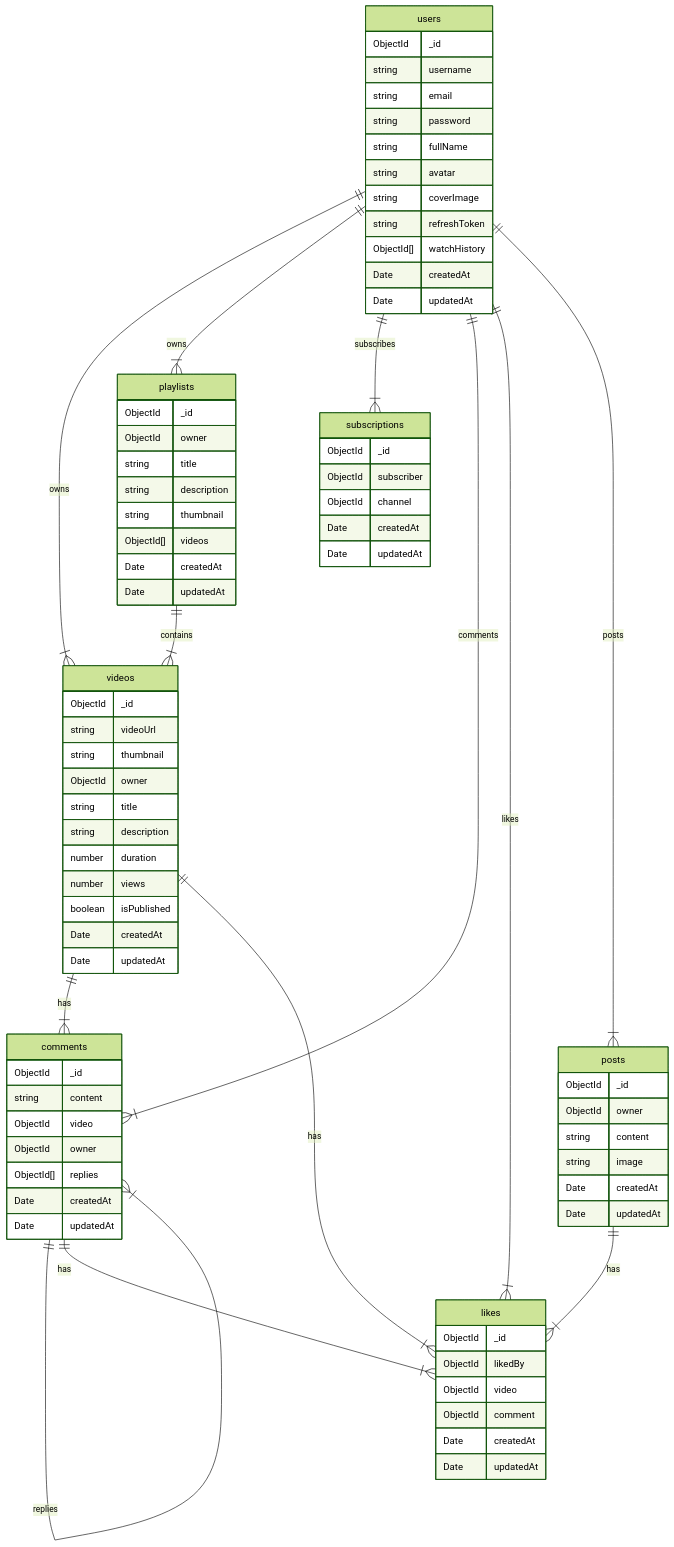
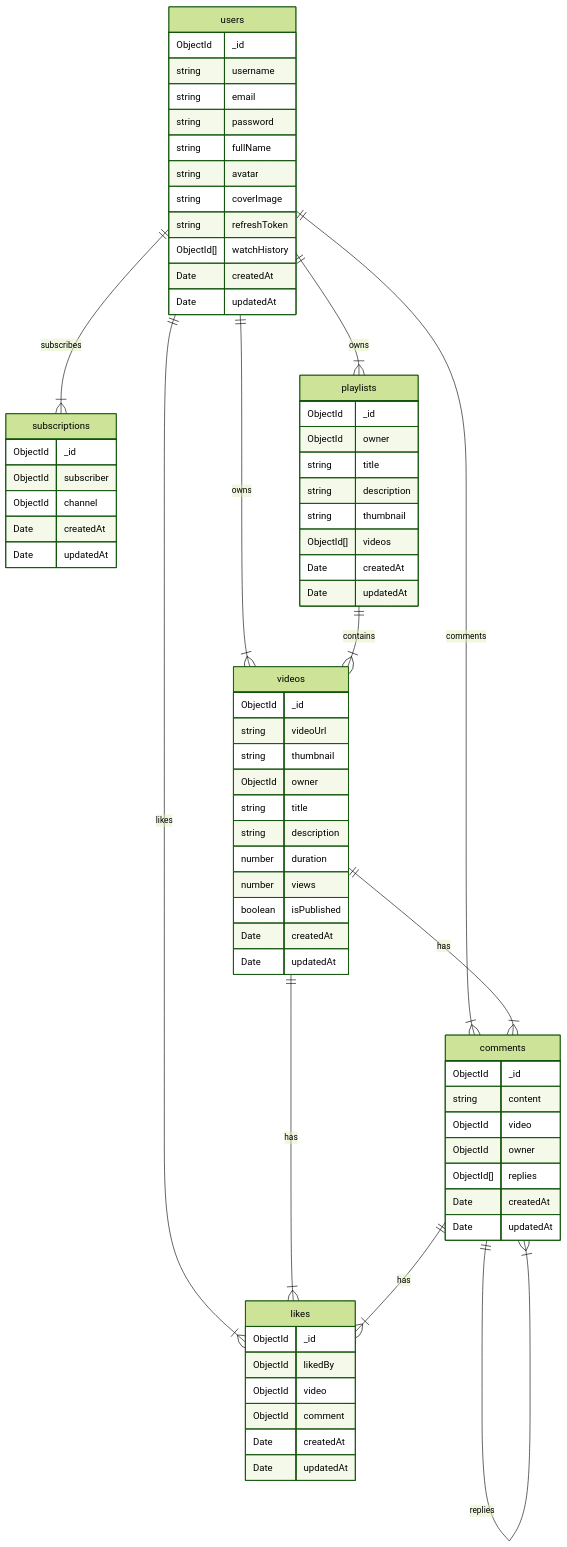
One commit to McTechie/tubecafe-backend changed the diagram in docs/SCHEMA.md. Above: the diagram before and after it, drawn with Mermaid (forest theme). The commit also changed 8 other files, not shown here.

````diff
--- a/docs/SCHEMA.md
+++ b/docs/SCHEMA.md
@@ -70,19 +70,10 @@
         Date updatedAt
     }
 
-    posts {
-        ObjectId _id
-        ObjectId owner
-        string content
-        string image
-        Date createdAt
-        Date updatedAt
-    }
-
     users ||--|{ videos : "owns"
     playlists ||--|{ videos : "contains"
     users ||--|{ playlists : "owns"
-    
+
     users ||--|{ subscriptions : "subscribes"
 
     users ||--|{ comments : "comments"
@@ -92,7 +83,4 @@
     users ||--|{ likes : "likes"
     videos ||--|{ likes : "has"
     comments ||--|{ likes : "has"
-    posts ||--|{ likes : "has"
-
-    users ||--|{ posts : "posts"
 ```
````
